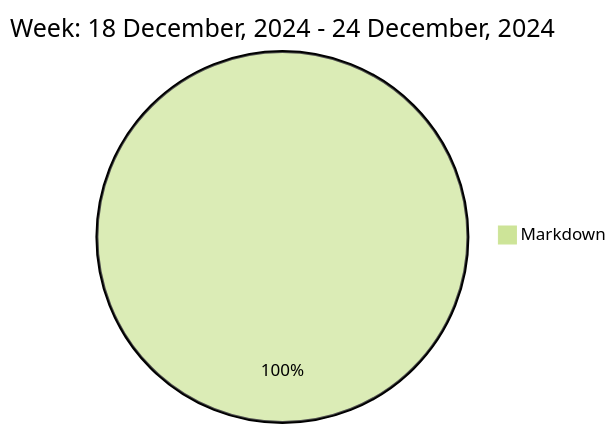
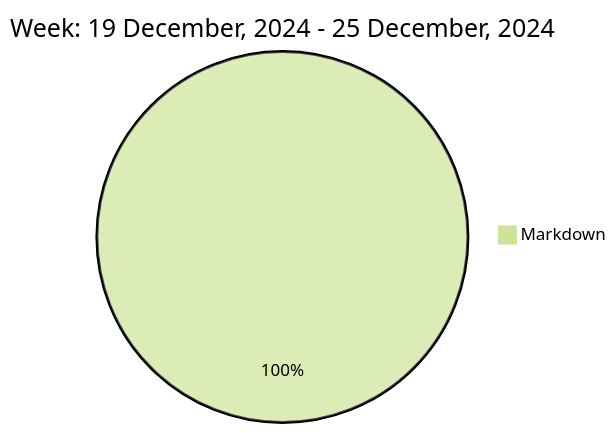
The diagram in README.md (liubin95/liubin95), drawn with Mermaid (forest theme) before and after one commit.

Commit message:
Updated the Graph with new Metrics

````diff
--- a/README.md
+++ b/README.md
@@ -37,5 +37,5 @@
 ```mermaid
  pie
-title Week: 18 December, 2024 - 24 December, 2024
- "Markdown" : 3.45
+title Week: 19 December, 2024 - 25 December, 2024
+ "Markdown" : 2.9
 ```
````
